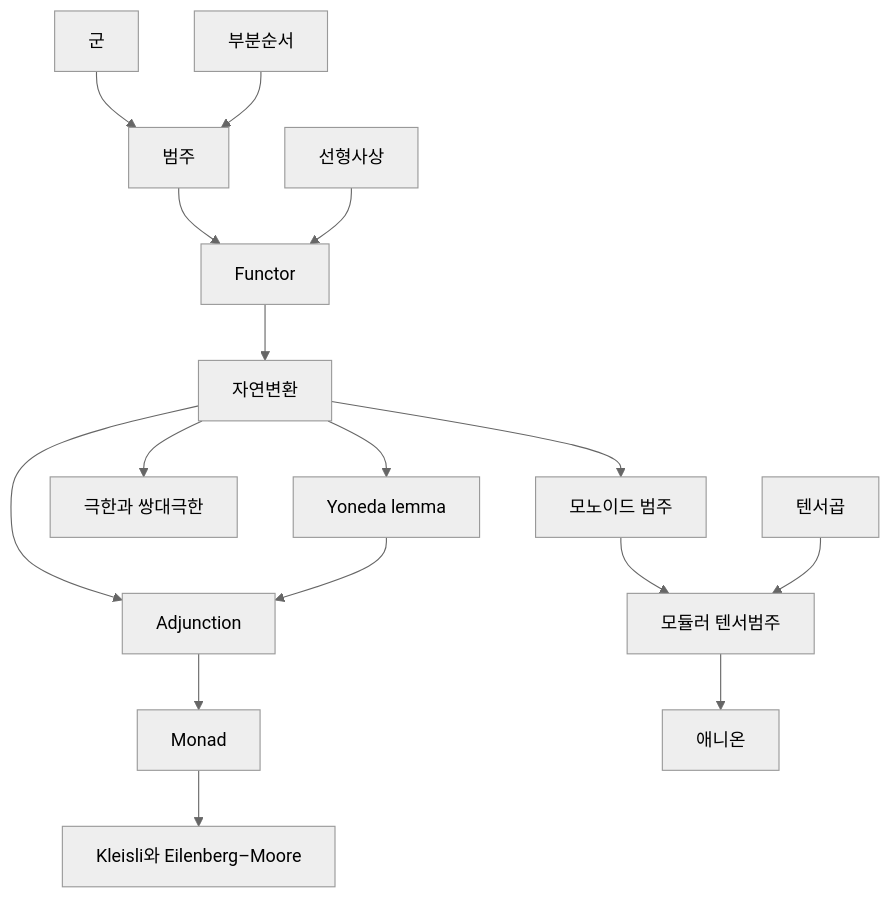
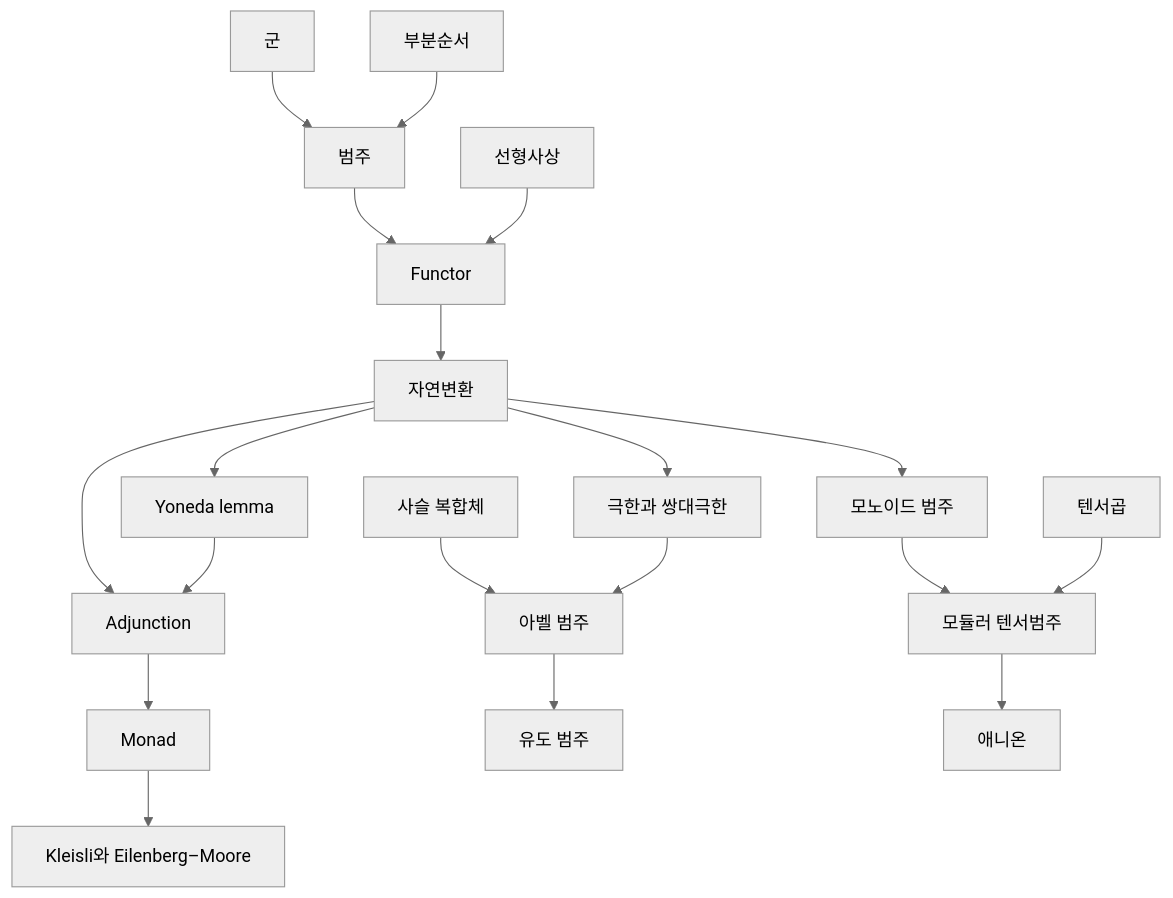
The diagram in docs/category-theory-overview.md (Phryxia/math-map), drawn with Mermaid (neutral theme) before and after one commit.

Commit message:
draw the abelian and derived category axis on the category theory overview map
Claude-Session: https://claude.ai/code/session_01MB3V3p3LhJHvomFR8jYVG9

````diff
--- a/docs/category-theory-overview.md
+++ b/docs/category-theory-overview.md
@@ -13,17 +13,20 @@
 ```mermaid
 graph TD
   GP["군"] --> CA["범주"]
   PO["부분순서"] --> CA
   CA --> FU["Functor"]
   LM["선형사상"] --> FU
   FU --> NT["자연변환"]
   NT --> YL["Yoneda lemma"]
   NT --> LC["극한과 쌍대극한"]
   NT --> AD["Adjunction"]
   YL --> AD
   AD --> MO["Monad"]
   MO --> KE["Kleisli와 Eilenberg–Moore"]
+  CC["사슬 복합체"] --> AB["아벨 범주"]
+  LC --> AB
+  AB --> DC["유도 범주"]
   NT --> MN["모노이드 범주"] --> MT["모듈러 텐서범주"]
   TP["텐서곱"] --> MT
   MT --> AN["애니온"]
 ```
````
